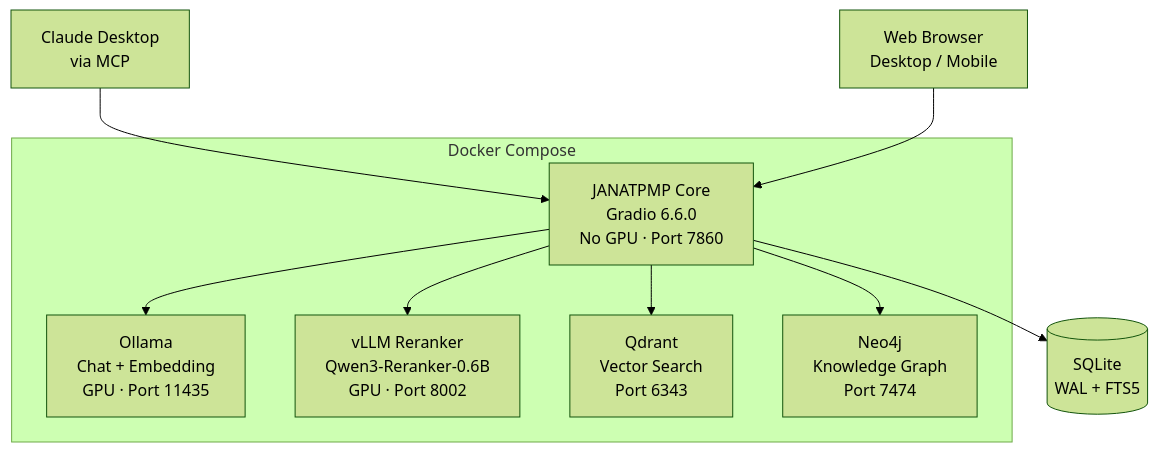
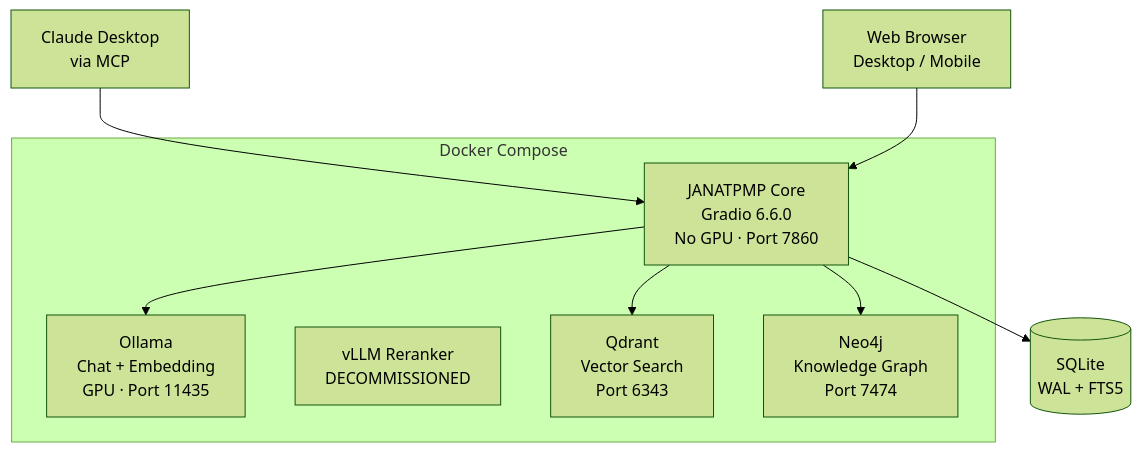
The first of 2 diagrams in README.md (janat-llc/janatpmp), drawn with Mermaid (forest theme) before and after one commit. The commit also changed other lines of this file and 10 other files, not shown here.

````diff
--- a/README.md
+++ b/README.md
@@ -20,20 +20,19 @@
 ```mermaid
 graph TB
     subgraph Docker Compose
         Core[JANATPMP Core<br/>Gradio 6.6.0<br/>No GPU · Port 7860]
         Ollama[Ollama<br/>Chat + Embedding<br/>GPU · Port 11435]
-        vLLM[vLLM Reranker<br/>Qwen3-Reranker-0.6B<br/>GPU · Port 8002]
+        vLLM[vLLM Reranker<br/>DECOMMISSIONED]
         Qdrant[Qdrant<br/>Vector Search<br/>Port 6343]
         Neo4j[Neo4j<br/>Knowledge Graph<br/>Port 7474]
     end
 
     SQLite[(SQLite<br/>WAL + FTS5)]
     Core --> SQLite
     Core --> Ollama
-    Core --> vLLM
     Core --> Qdrant
     Core --> Neo4j
 
     Claude[Claude Desktop<br/>via MCP] --> Core
     Browser[Web Browser<br/>Desktop / Mobile] --> Core
 ```
````
